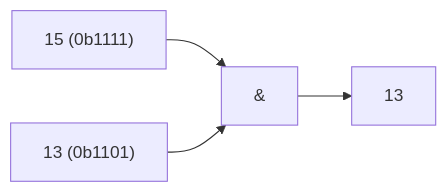
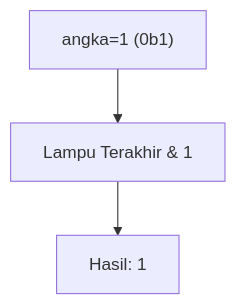
Diagram 16 of 25 in part-c-pemahaman-cpp/06-bitwise/latihan/set-12.md (amnahwaida/OSNK_INF_PREP), drawn with Mermaid before and after one commit. The commit also changed other lines of this file and 71 other files, not shown here.

````diff
--- a/part-c-pemahaman-cpp/06-bitwise/latihan/set-12.md
+++ b/part-c-pemahaman-cpp/06-bitwise/latihan/set-12.md
@@ -418,6 +429,5 @@
 ```mermaid
-graph LR
-A["15 (0b1111)"] --> C["&"]
-B["13 (0b1101)"] --> C
-C --> D["13"]
+graph TD
+A["angka=1 (0b1)"] --> B["Lampu Terakhir & 1"]
+B --> C["Hasil: 1"]
 ```
````
